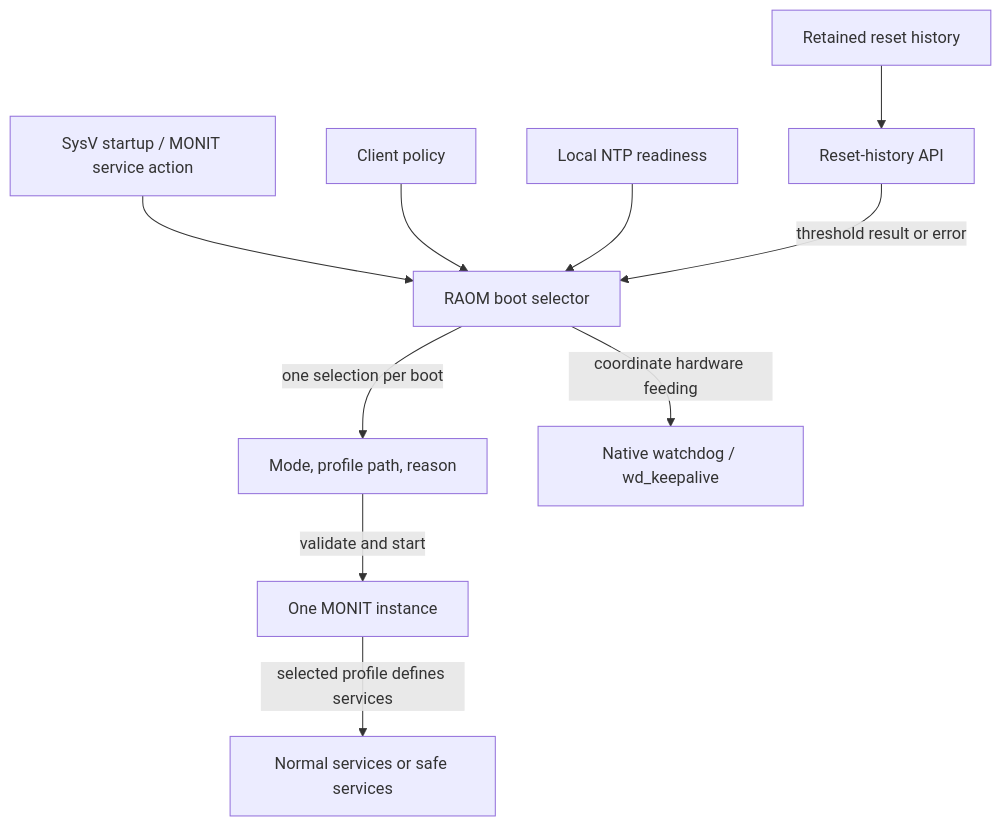
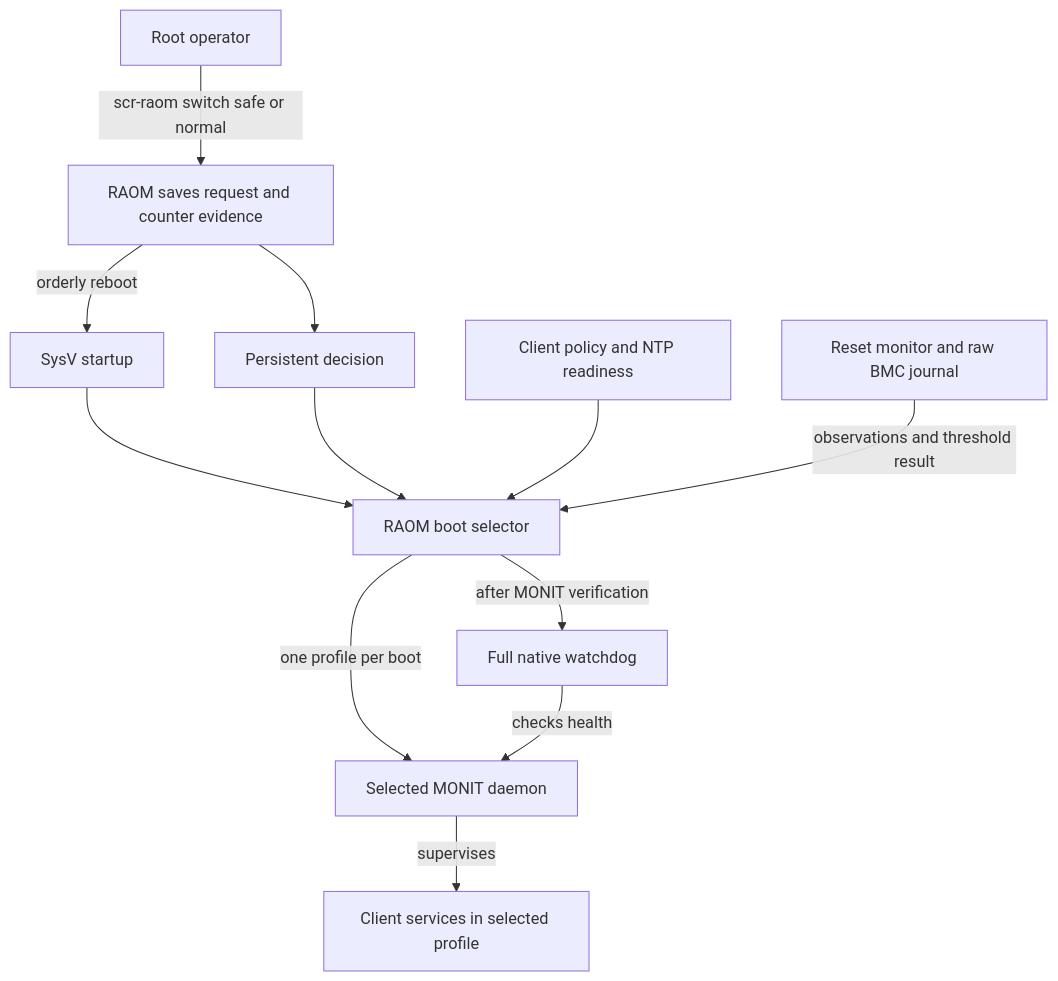
One commit to fudyas/scr-3 changed the first of 3 diagrams in src/tools/raom/README.md. Above: the diagram before and after it, drawn with Mermaid. The commit also changed other lines of this file and 4 other files, not shown here.

First line of the commit message:
Documented persistent RAOM modes and reboot recovery

````diff
--- a/src/tools/raom/README.md
+++ b/src/tools/raom/README.md
@@ -28,12 +26,14 @@
 ```mermaid
 flowchart TD
-    Boot["SysV startup / MONIT service action"] --> RAOM["RAOM boot selector"]
-    Policy["Client policy"] --> RAOM
-    NTP["Local NTP readiness"] --> RAOM
-    History["Retained reset history"] --> API["Reset-history API"]
-    API -->|"threshold result or error"| RAOM
-    RAOM -->|"one selection per boot"| Selection["Mode, profile path, reason"]
-    Selection -->|"validate and start"| MONIT["One MONIT instance"]
-    MONIT -->|"selected profile defines services"| Services["Normal services or safe services"]
-    RAOM -->|"coordinate hardware feeding"| Feeders["Native watchdog / wd_keepalive"]
+    Operator["Root operator"] -->|"scr-raom switch safe or normal"| Request["RAOM saves request and counter evidence"]
+    Request -->|"orderly reboot"| Boot["SysV startup"]
+    Request --> State["Persistent decision"]
+    Boot --> RAOM["RAOM boot selector"]
+    State --> RAOM
+    Policy["Client policy and NTP readiness"] --> RAOM
+    API["Reset monitor and raw BMC journal"] -->|"observations and threshold result"| RAOM
+    RAOM -->|"one profile per boot"| MONIT["Selected MONIT daemon"]
+    MONIT -->|"supervises"| Services["Client services in selected profile"]
+    RAOM -->|"after MONIT verification"| Watchdog["Full native watchdog"]
+    Watchdog -->|"checks health"| MONIT
 ```
````
